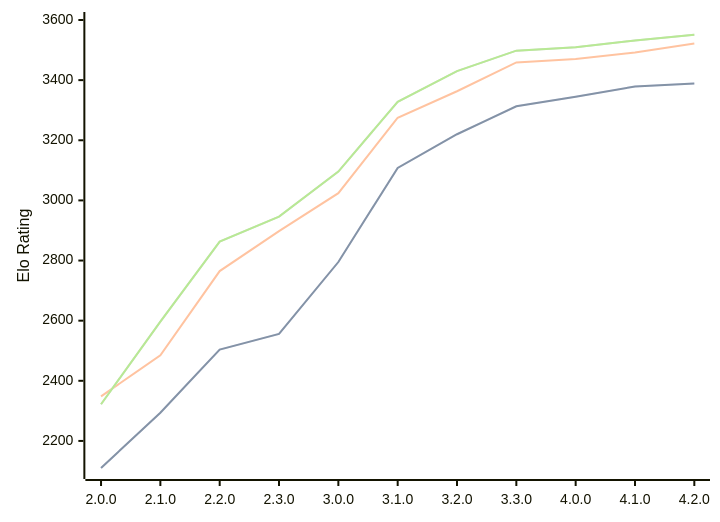
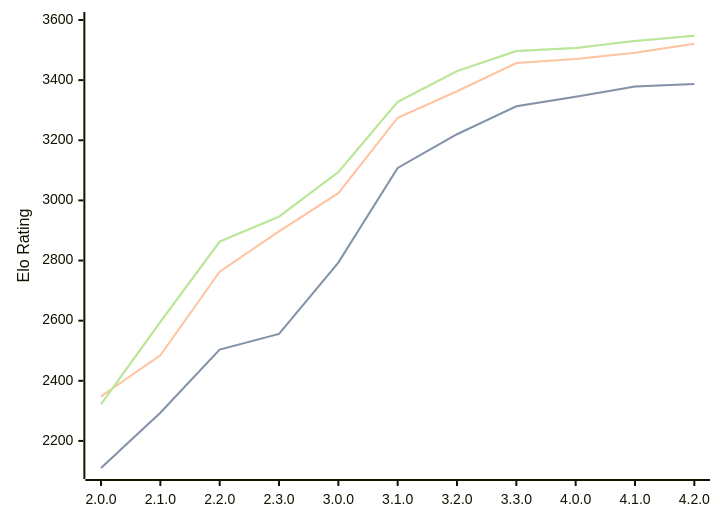
Before and after one commit to computer-chess-index/cci: the diagram in engines/Raphael.md, drawn with Mermaid. The commit also changed other lines of this file, not shown here.

Commit message:
Update CCI Ratings (ELO VLTC) - 2026-07-27

````diff
--- a/engines/Raphael.md
+++ b/engines/Raphael.md
@@ -53,11 +53,11 @@
 ```mermaid
 %%{init: {"theme":"base","themeVariables":{"seriesColors:['#a3a3a3','#222221','#faa371']}}}%%
 xychart-beta
   x-axis ["2.0.0", "2.1.0", "2.2.0", "2.3.0", "3.0.0", "3.1.0", "3.2.0", "3.3.0", "4.0.0", "4.1.0", "4.2.0"]
   y-axis "Elo Rating" 2100 --> 3600
-  line "STC (8.0+0.08s)" [2110, 2294, 2504, 2556, 2795, 3108, 3220, 3313, 3345, 3379, 3389]
-  line "STC (8.0+0.08s)" [2110, 2294, 2504, 2556, 2795, 3108, 3220, 3313, 3345, 3379, 3389]
-  line "LTC (60.0+0.60s)" [2348, 2485, 2765, 2898, 3024, 3275, 3363, 3459, 3470, 3492, 3522]
-  line "VLTC (2m24s+1.12s)" [2322, 2597, 2863, 2946, 3096, 3328, 3430, 3498, 3509, 3532, 3551]
-  line "VLTC (2m24s+1.12s)" [2322, 2597, 2863, 2946, 3096, 3328, 3430, 3498, 3509, 3532, 3551]
+  line "STC (8.0+0.08s)" [2110, 2294, 2504, 2556, 2793, 3108, 3220, 3313, 3345, 3379, 3387]
+  line "STC (8.0+0.08s)" [2110, 2294, 2504, 2556, 2793, 3108, 3220, 3313, 3345, 3379, 3387]
+  line "LTC (60.0+0.60s)" [2348, 2485, 2763, 2897, 3024, 3275, 3363, 3457, 3470, 3491, 3521]
+  line "VLTC (2m24s+1.12s)" [2322, 2596, 2863, 2946, 3094, 3328, 3430, 3497, 3507, 3530, 3548]
+  line "VLTC (2m24s+1.12s)" [2322, 2596, 2863, 2946, 3094, 3328, 3430, 3497, 3507, 3530, 3548]
 ```
````
